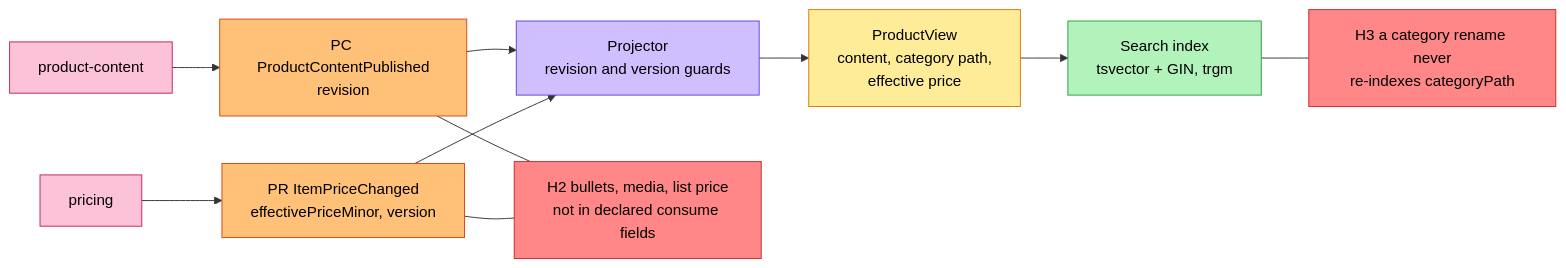
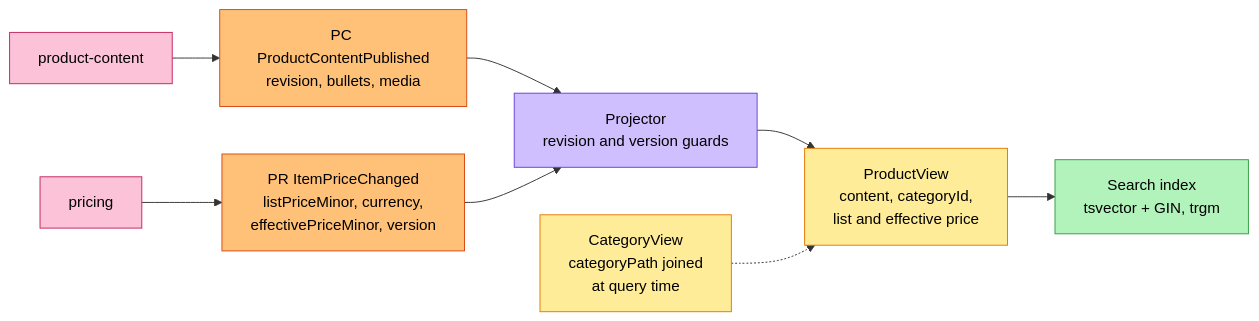
Before and after one commit to IQVO/warehouse-docs: the second of 4 diagrams in storefront/docs/contexts/product-discovery/eventstorming.md, drawn with Mermaid. The commit also changed other lines of this file and 16 other files, not shown here.

Commit message:
docs(storefront): model-fix 4-5/7 - product-content, product-discovery, shopping-cart decisions applied; checkout model + events (24->26)

````diff
--- a/storefront/docs/contexts/product-discovery/eventstorming.md
+++ b/storefront/docs/contexts/product-discovery/eventstorming.md
@@ -80,26 +87,23 @@
 ```mermaid
 flowchart LR
     PC["product-content"]:::external
-    E1["PC ProductContentPublished<br/>revision"]:::event
+    E1["PC ProductContentPublished<br/>revision, bullets, media"]:::event
     PR["pricing"]:::external
-    E2["PR ItemPriceChanged<br/>effectivePriceMinor, version"]:::event
+    E2["PR ItemPriceChanged<br/>listPriceMinor, currency,<br/>effectivePriceMinor, version"]:::event
     P1["Projector<br/>revision and version guards"]:::policy
-    RM["ProductView<br/>content, category path,<br/>effective price"]:::readmodel
+    RM["ProductView<br/>content, categoryId,<br/>list and effective price"]:::readmodel
     S["Search index<br/>tsvector + GIN, trgm"]:::search
-    H2["H2 bullets, media, list price<br/>not in declared consume fields"]:::hotspot
-    H3["H3 a category rename never<br/>re-indexes categoryPath"]:::hotspot
+    CV["CategoryView<br/>categoryPath joined<br/>at query time"]:::readmodel
 
     PC --> E1 --> P1
     PR --> E2 --> P1
     P1 --> RM --> S
-    E1 --- H2
-    E2 --- H2
-    S --- H3
+    CV -.-> RM
 
     classDef readmodel fill:#ffec99,stroke:#e67700,color:#000
     classDef event fill:#ffc078,stroke:#d9480f,color:#000
     classDef policy fill:#d0bfff,stroke:#6741d9,color:#000
     classDef search fill:#b2f2bb,stroke:#2f9e44,color:#000
     classDef external fill:#fcc2d7,stroke:#c2255c,color:#000
     classDef hotspot fill:#ff8787,stroke:#c92a2a,color:#000
 ```
````
